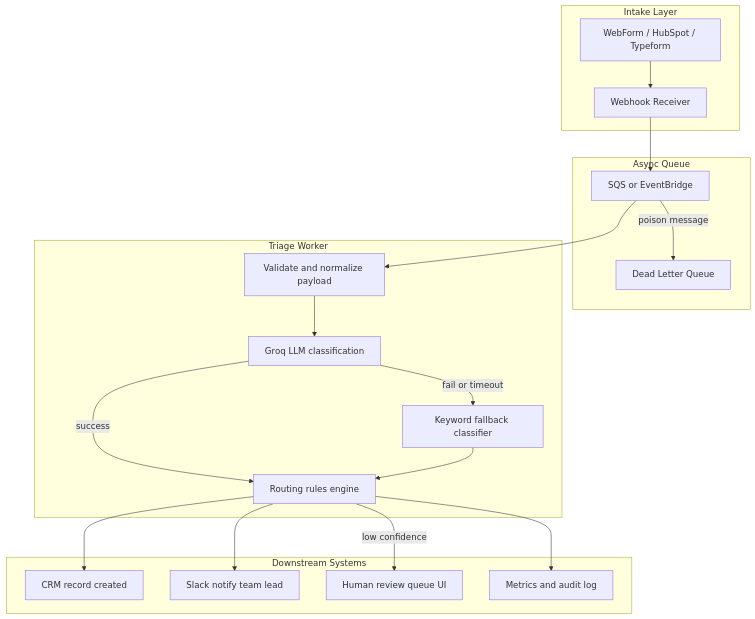
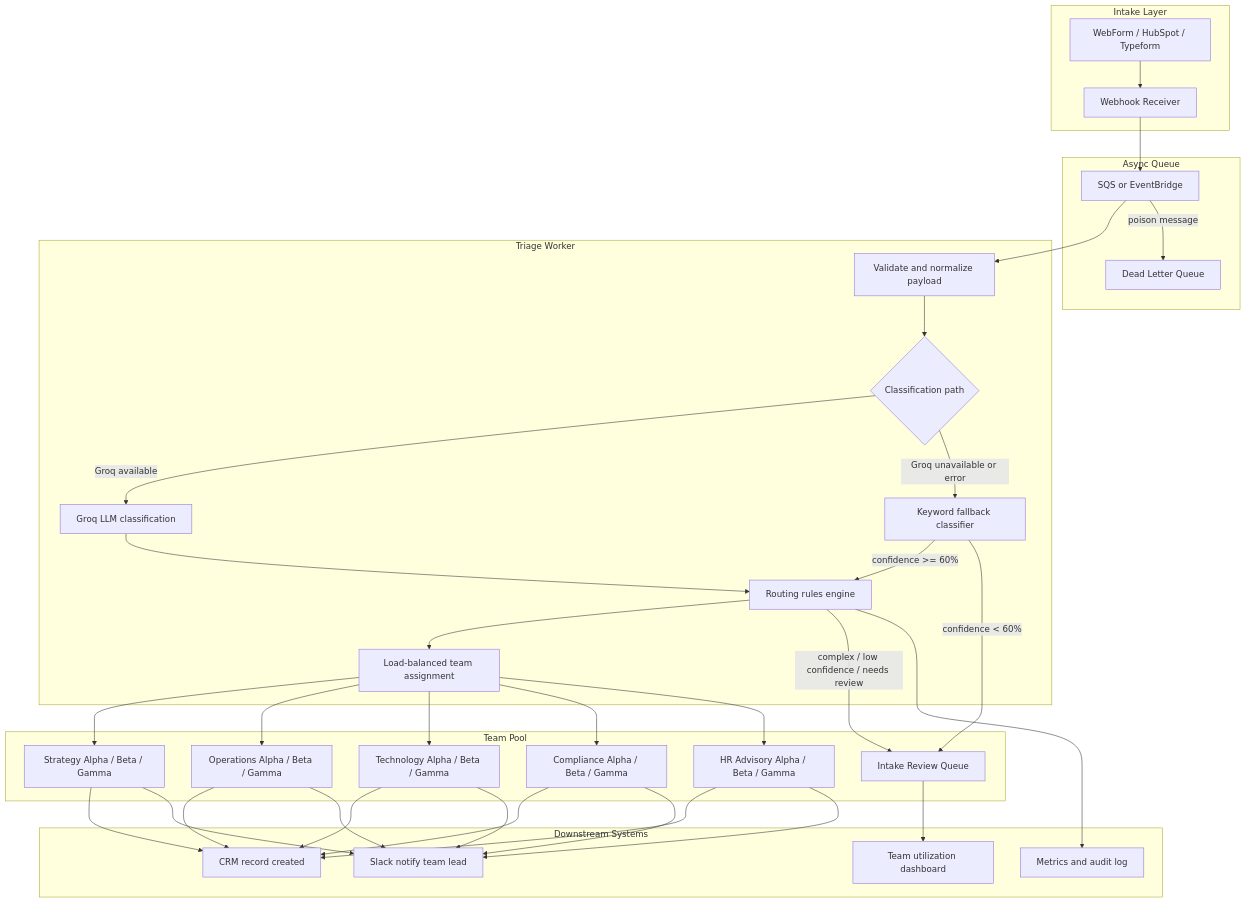
Before and after one commit to TechnoLuckk/aivc-take-home: the diagram in docs/architecture.md, drawn with Mermaid. The commit also changed other lines of this file and 8 other files, not shown here.

````diff
--- a/docs/architecture.md
+++ b/docs/architecture.md
@@ -9,39 +14,55 @@
 ```mermaid
 flowchart TB
   subgraph intake [Intake Layer]
     WebForm[WebForm / HubSpot / Typeform]
     Webhook[Webhook Receiver]
   end
 
   subgraph queue [Async Queue]
     SQS[SQS or EventBridge]
     DLQ[Dead Letter Queue]
   end
 
   subgraph worker [Triage Worker]
     Validate[Validate and normalize payload]
+    Classify{Classification path}
     LLM[Groq LLM classification]
+    Fallback[Keyword fallback classifier]
     Rules[Routing rules engine]
-    Fallback[Keyword fallback classifier]
+    LoadBalancer[Load-balanced team assignment]
+  end
+
+  subgraph teams [Team Pool]
+    T1[Strategy Alpha / Beta / Gamma]
+    T2[Operations Alpha / Beta / Gamma]
+    T3[Technology Alpha / Beta / Gamma]
+    T4[Compliance Alpha / Beta / Gamma]
+    T5[HR Advisory Alpha / Beta / Gamma]
+    Review[Intake Review Queue]
   end
 
   subgraph downstream [Downstream Systems]
     CRM[CRM record created]
     Slack[Slack notify team lead]
-    ReviewUI[Human review queue UI]
+    Dashboard[Team utilization dashboard]
     Metrics[Metrics and audit log]
   end
 
   WebForm --> Webhook
   Webhook --> SQS
   SQS --> Validate
-  Validate --> LLM
-  LLM -->|success| Rules
-  LLM -->|fail or timeout| Fallback
-  Fallback --> Rules
-  Rules --> CRM
-  Rules --> Slack
-  Rules -->|low confidence| ReviewUI
+  Validate --> Classify
+  Classify -->|Groq available| LLM
+  Classify -->|Groq unavailable or error| Fallback
+  LLM --> Rules
+  Fallback -->|confidence >= 60%| Rules
+  Fallback -->|confidence < 60%| Review
+  Rules --> LoadBalancer
+  LoadBalancer --> T1 & T2 & T3 & T4 & T5
+  Rules -->|complex / low confidence / needs review| Review
+  T1 & T2 & T3 & T4 & T5 --> CRM
+  T1 & T2 & T3 & T4 & T5 --> Slack
+  Review --> Dashboard
   Rules --> Metrics
   SQS -->|poison message| DLQ
 ```
````
